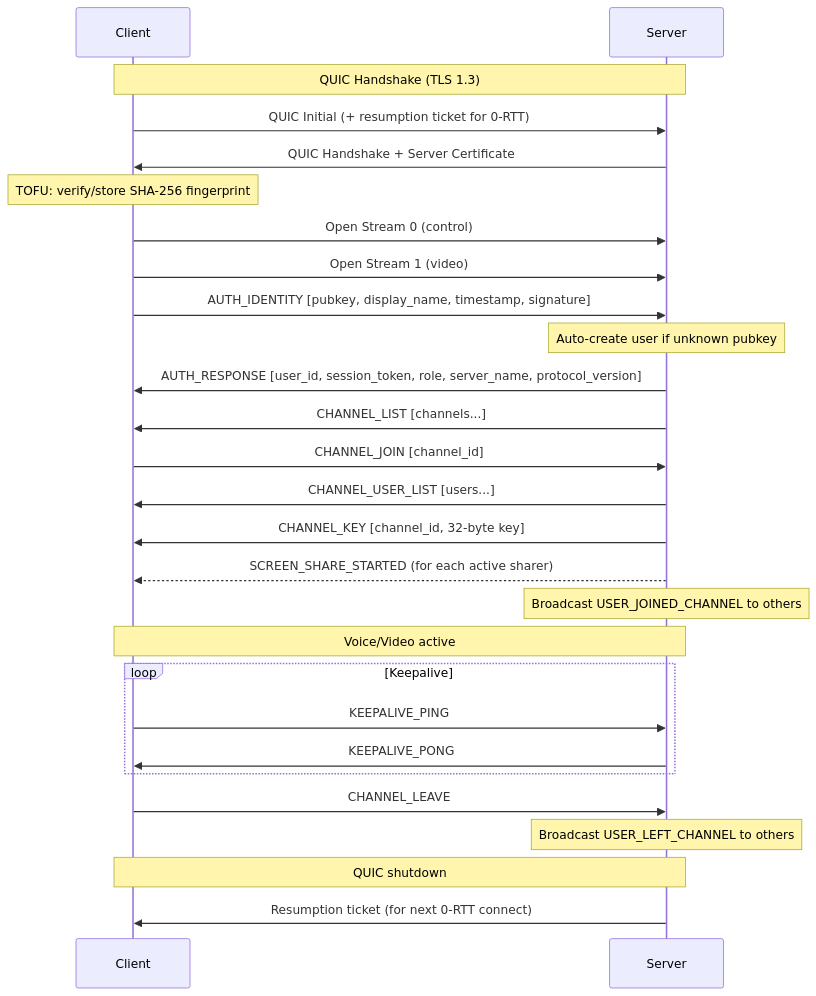
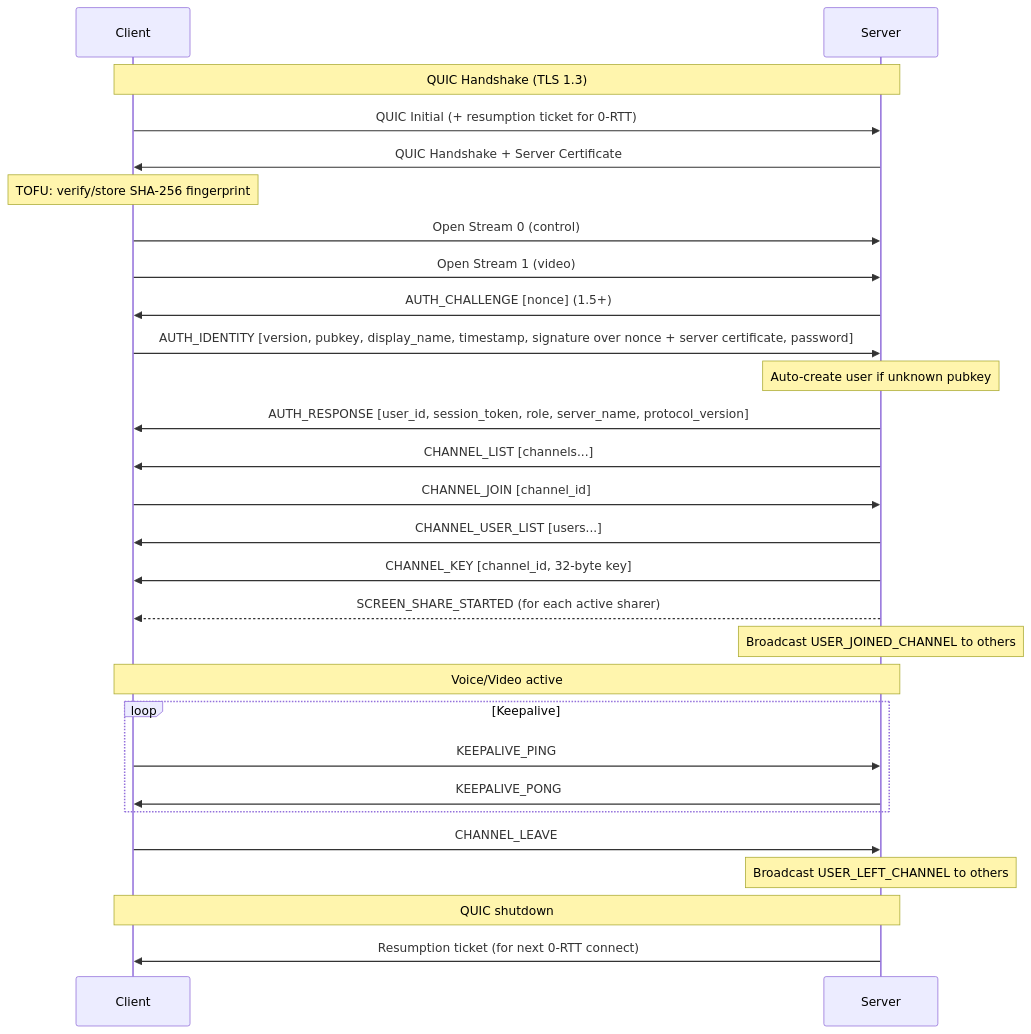
One commit to emcifuntik/parties changed the third of 6 diagrams in docs/protocol.md. Above: the diagram before and after it, drawn with Mermaid. The commit also changed other lines of this file and 25 other files, not shown here.

````diff
--- a/docs/protocol.md
+++ b/docs/protocol.md
@@ -76,37 +79,38 @@
 ```mermaid
 sequenceDiagram
     participant C as Client
     participant S as Server
 
     Note over C,S: QUIC Handshake (TLS 1.3)
     C->>S: QUIC Initial (+ resumption ticket for 0-RTT)
     S->>C: QUIC Handshake + Server Certificate
     Note over C: TOFU: verify/store SHA-256 fingerprint
 
     C->>S: Open Stream 0 (control)
     C->>S: Open Stream 1 (video)
+    S->>C: AUTH_CHALLENGE [nonce] (1.5+)
 
-    C->>S: AUTH_IDENTITY [pubkey, display_name, timestamp, signature]
+    C->>S: AUTH_IDENTITY [version, pubkey, display_name, timestamp, signature over nonce + server certificate, password]
     Note over S: Auto-create user if unknown pubkey
     S->>C: AUTH_RESPONSE [user_id, session_token, role, server_name, protocol_version]
     S->>C: CHANNEL_LIST [channels...]
 
     C->>S: CHANNEL_JOIN [channel_id]
     S->>C: CHANNEL_USER_LIST [users...]
     S->>C: CHANNEL_KEY [channel_id, 32-byte key]
     S-->>C: SCREEN_SHARE_STARTED (for each active sharer)
     Note over S: Broadcast USER_JOINED_CHANNEL to others
 
     Note over C,S: Voice/Video active
 
     loop Keepalive
         C->>S: KEEPALIVE_PING
         S->>C: KEEPALIVE_PONG
     end
 
     C->>S: CHANNEL_LEAVE
     Note over S: Broadcast USER_LEFT_CHANNEL to others
 
     Note over C,S: QUIC shutdown
     S->>C: Resumption ticket (for next 0-RTT connect)
 ```
````
